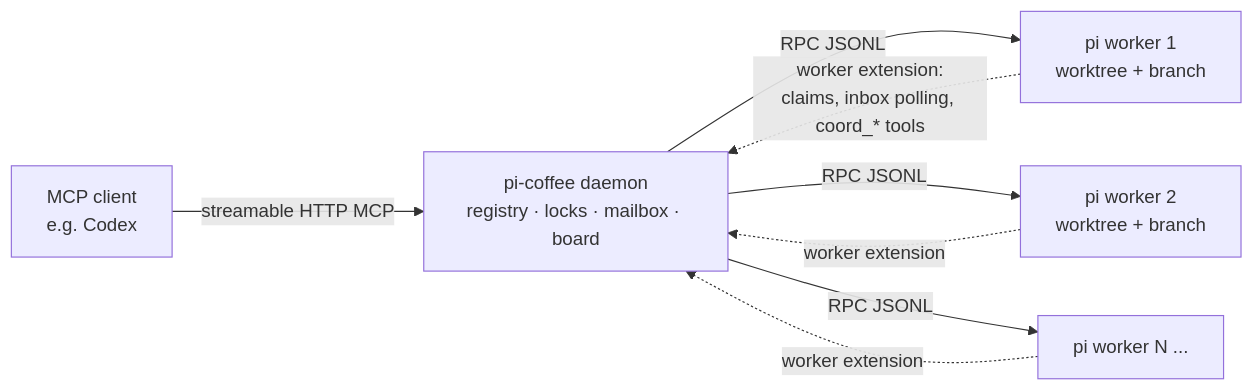
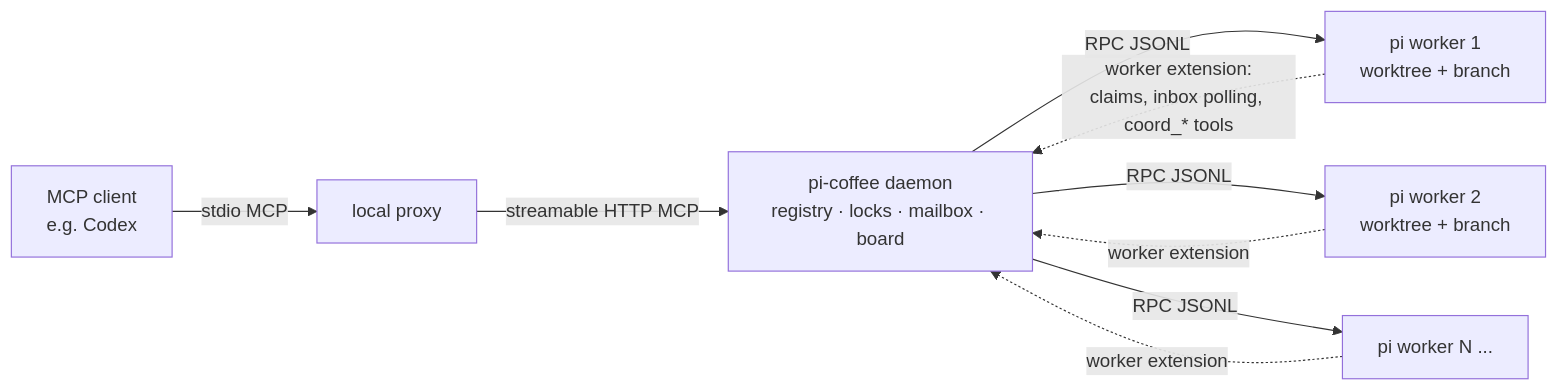
The second of 2 diagrams in README.md (lucasjingcn/pi-coffee), drawn with Mermaid before and after one commit. The commit also changed other lines of this file and 2 other files, not shown here.

````diff
--- a/README.md
+++ b/README.md
@@ -122,10 +122,11 @@
 ```mermaid
 flowchart LR
-    Codex[MCP client<br/>e.g. Codex] -- "streamable HTTP MCP" --> Daemon[pi-coffee daemon<br/>registry · locks · mailbox · board]
+    Codex[MCP client<br/>e.g. Codex] -- "stdio MCP" --> Proxy[local proxy]
+    Proxy -- "streamable HTTP MCP" --> Daemon[pi-coffee daemon<br/>registry · locks · mailbox · board]
     Daemon -- "RPC JSONL" --> W1[pi worker 1<br/>worktree + branch]
     Daemon -- "RPC JSONL" --> W2[pi worker 2<br/>worktree + branch]
     Daemon -- "RPC JSONL" --> WN[pi worker N ...]
     W1 -. "worker extension:<br/>claims, inbox polling, coord_* tools" .-> Daemon
     W2 -. "worker extension" .-> Daemon
     WN -. "worker extension" .-> Daemon
 ```
````
